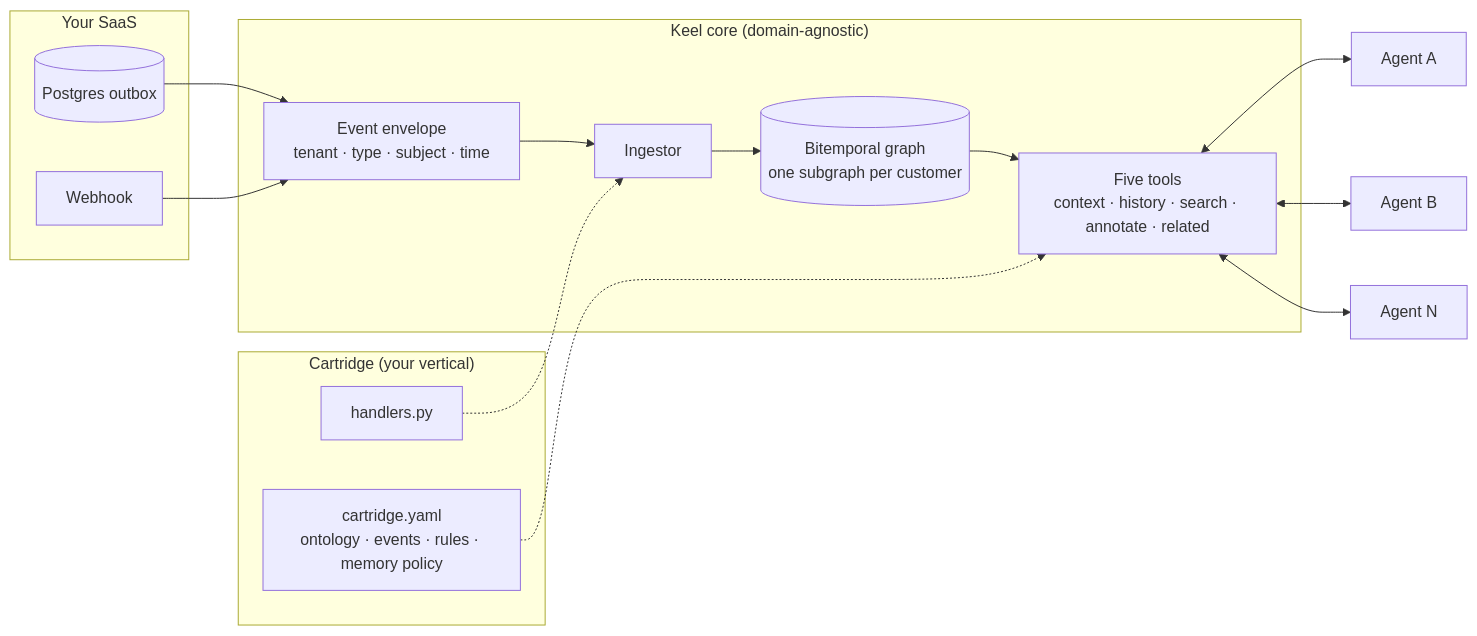
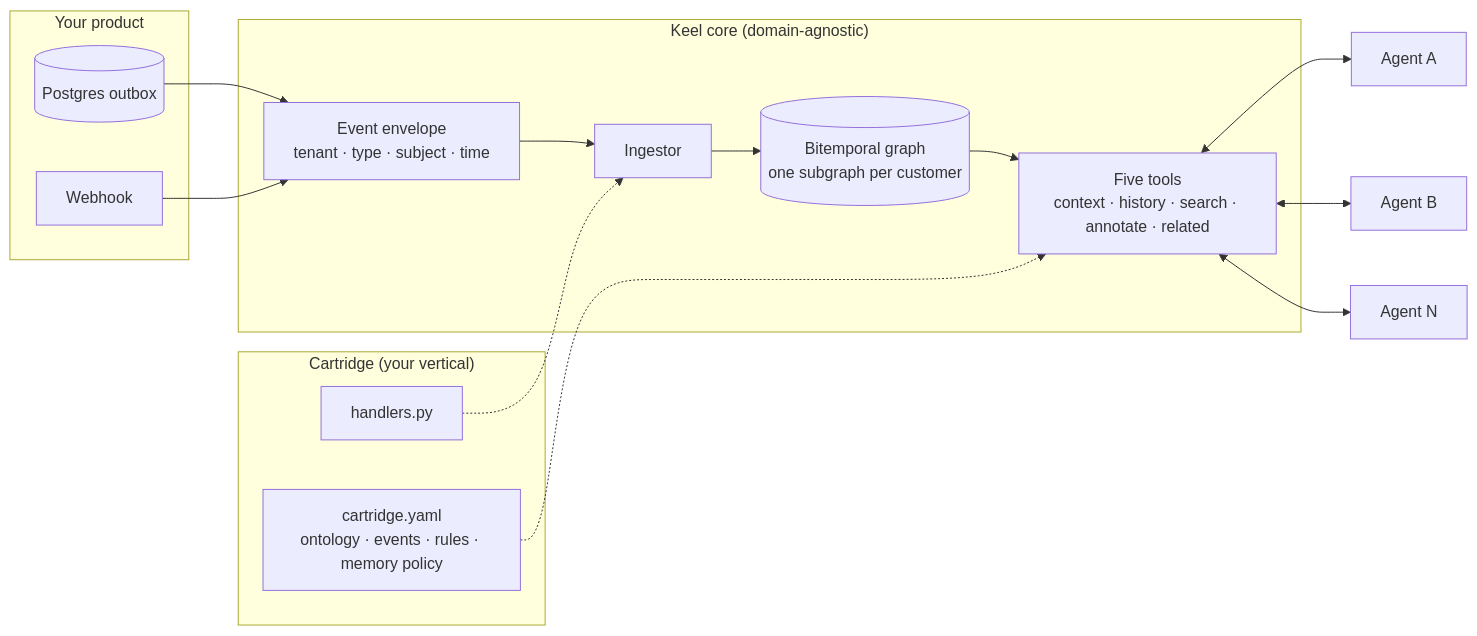
The diagram in content/posts/keel-four-agents-four-copies-of-context.mdx (angelkurten/angelkurten), drawn with Mermaid before and after one commit. The commit also changed other lines of this file and 1 other file, not shown here.

````diff
--- a/content/posts/keel-four-agents-four-copies-of-context.mdx
+++ b/content/posts/keel-four-agents-four-copies-of-context.mdx
@@ -57,22 +57,22 @@
 ```mermaid
 flowchart LR
-    subgraph saas ["Your SaaS"]
+    subgraph saas ["Your product"]
         pg[("Postgres outbox")]
         wh["Webhook"]
     end
     subgraph core ["Keel core (domain-agnostic)"]
         env["Event envelope<br/>tenant · type · subject · time"]
         ing["Ingestor"]
         store[("Bitemporal graph<br/>one subgraph per customer")]
         tools["Five tools<br/>context · history · search · annotate · related"]
         env --> ing --> store --> tools
     end
     subgraph cart ["Cartridge (your vertical)"]
         yaml["cartridge.yaml<br/>ontology · events · rules · memory policy"]
         hand["handlers.py"]
     end
     pg & wh --> env
     hand -.-> ing
     yaml -.-> tools
     tools <--> a1["Agent A"] & a2["Agent B"] & a3["Agent N"]
 ```
````
